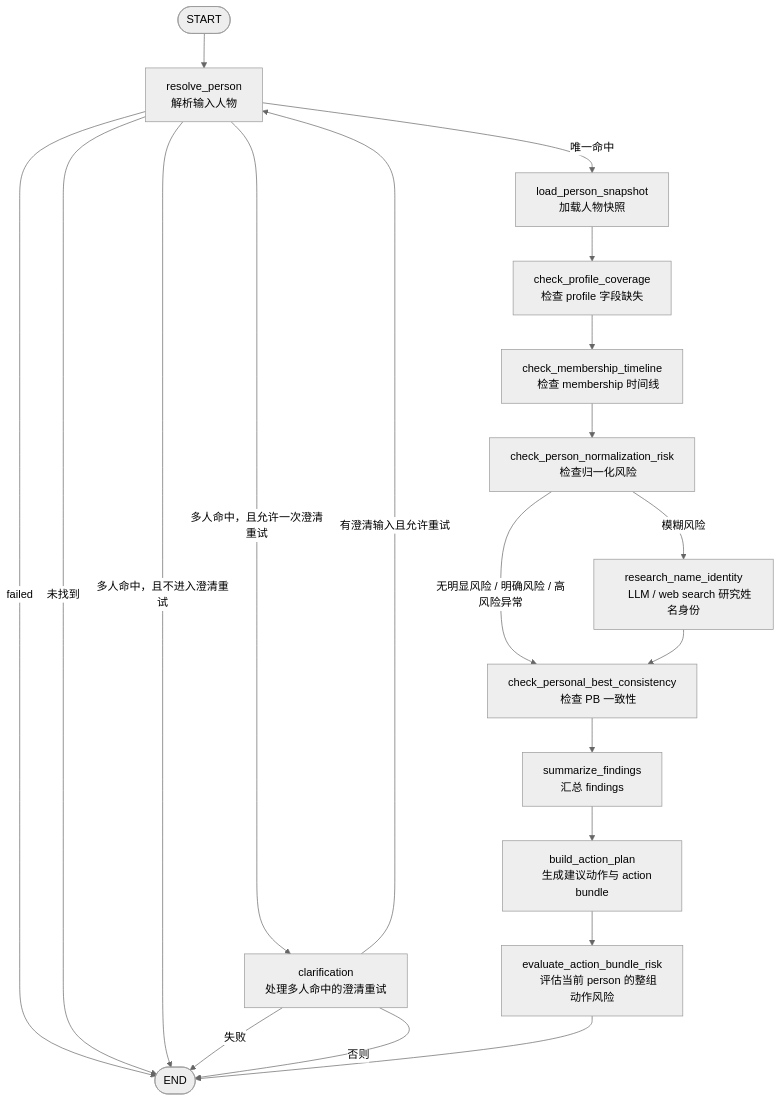
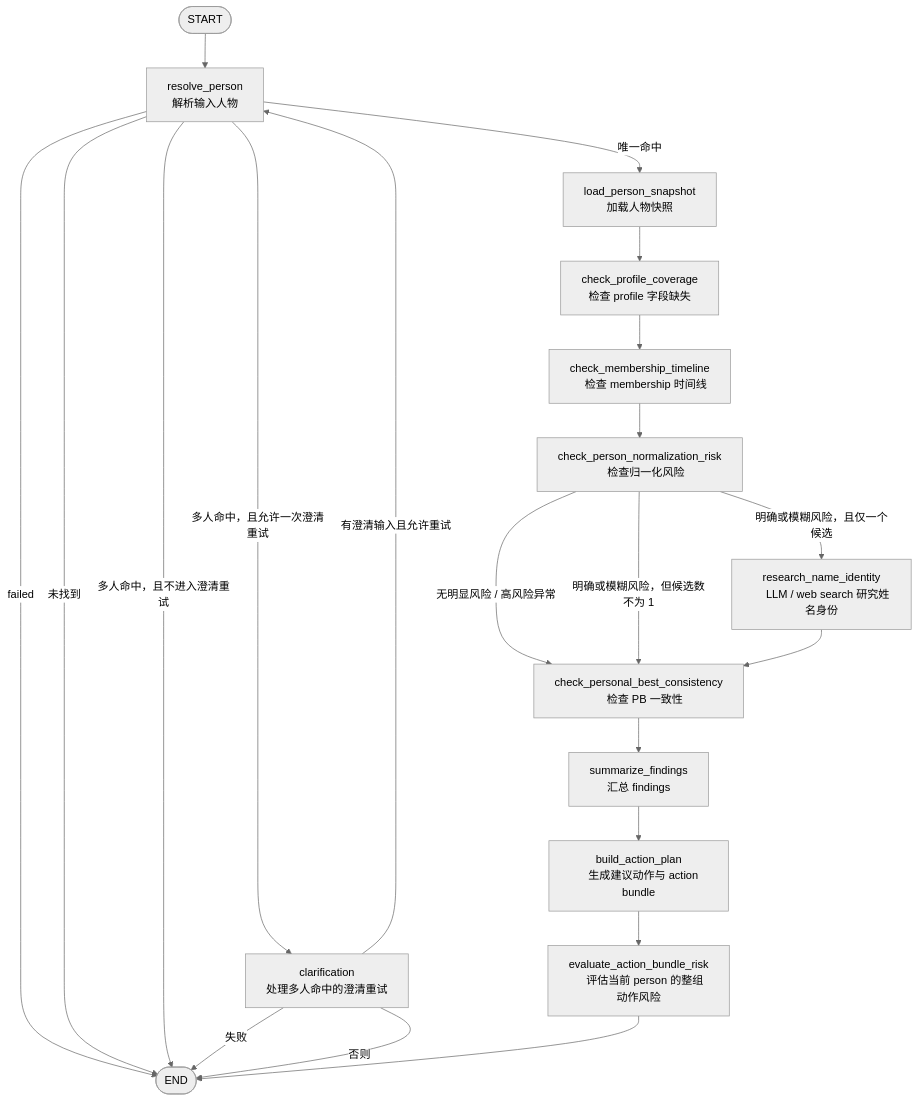
One commit to gelatoni-xh/personal-site changed the first of 3 diagrams in content/articles/2026-08-11-tasuki-keifu-agent-Graph结构图.md. Above: the diagram before and after it, drawn with Mermaid (neutral theme). The commit also changed other lines of this file and 1 other file, not shown here.

````diff
--- a/content/articles/2026-08-11-tasuki-keifu-agent-Graph结构图.md
+++ b/content/articles/2026-08-11-tasuki-keifu-agent-Graph结构图.md
@@ -33,36 +33,37 @@
 ```mermaid
 flowchart TD
     START([START]) --> RESOLVE["resolve_person
     解析输入人物"]
 
     RESOLVE -->|failed| END([END])
     RESOLVE -->|未找到| END
     RESOLVE -->|多人命中，且不进入澄清重试| END
     RESOLVE -->|多人命中，且允许一次澄清重试| CLARIFY["clarification
     处理多人命中的澄清重试"]
     RESOLVE -->|唯一命中| SNAPSHOT["load_person_snapshot
     加载人物快照"]
 
     CLARIFY -->|失败| END
     CLARIFY -->|有澄清输入且允许重试| RESOLVE
     CLARIFY -->|否则| END
 
     SNAPSHOT --> PROFILE["check_profile_coverage
     检查 profile 字段缺失"]
     PROFILE --> MEMBERSHIP["check_membership_timeline
     检查 membership 时间线"]
     MEMBERSHIP --> NORMALIZATION["check_person_normalization_risk
     检查归一化风险"]
-    NORMALIZATION -->|无明显风险 / 明确风险 / 高风险异常| PB["check_personal_best_consistency
+    NORMALIZATION -->|无明显风险 / 高风险异常| PB["check_personal_best_consistency
     检查 PB 一致性"]
-    NORMALIZATION -->|模糊风险| RESEARCH["research_name_identity
+    NORMALIZATION -->|明确或模糊风险，且仅一个候选| RESEARCH["research_name_identity
     LLM / web search 研究姓名身份"]
+    NORMALIZATION -->|明确或模糊风险，但候选数不为 1| PB
     RESEARCH --> PB
     PB --> SUMMARY["summarize_findings
     汇总 findings"]
     SUMMARY --> ACTION["build_action_plan
     生成建议动作与 action bundle"]
     ACTION --> RISK["evaluate_action_bundle_risk
     评估当前 person 的整组动作风险"]
     RISK --> END
 ```
````
